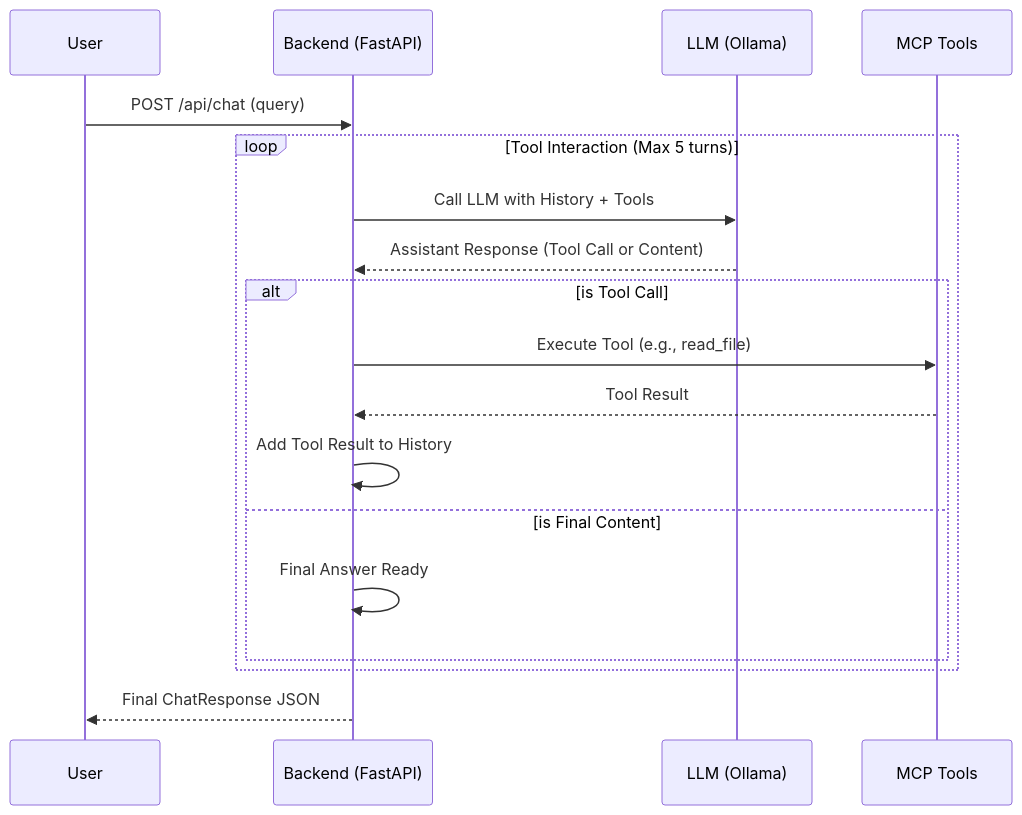
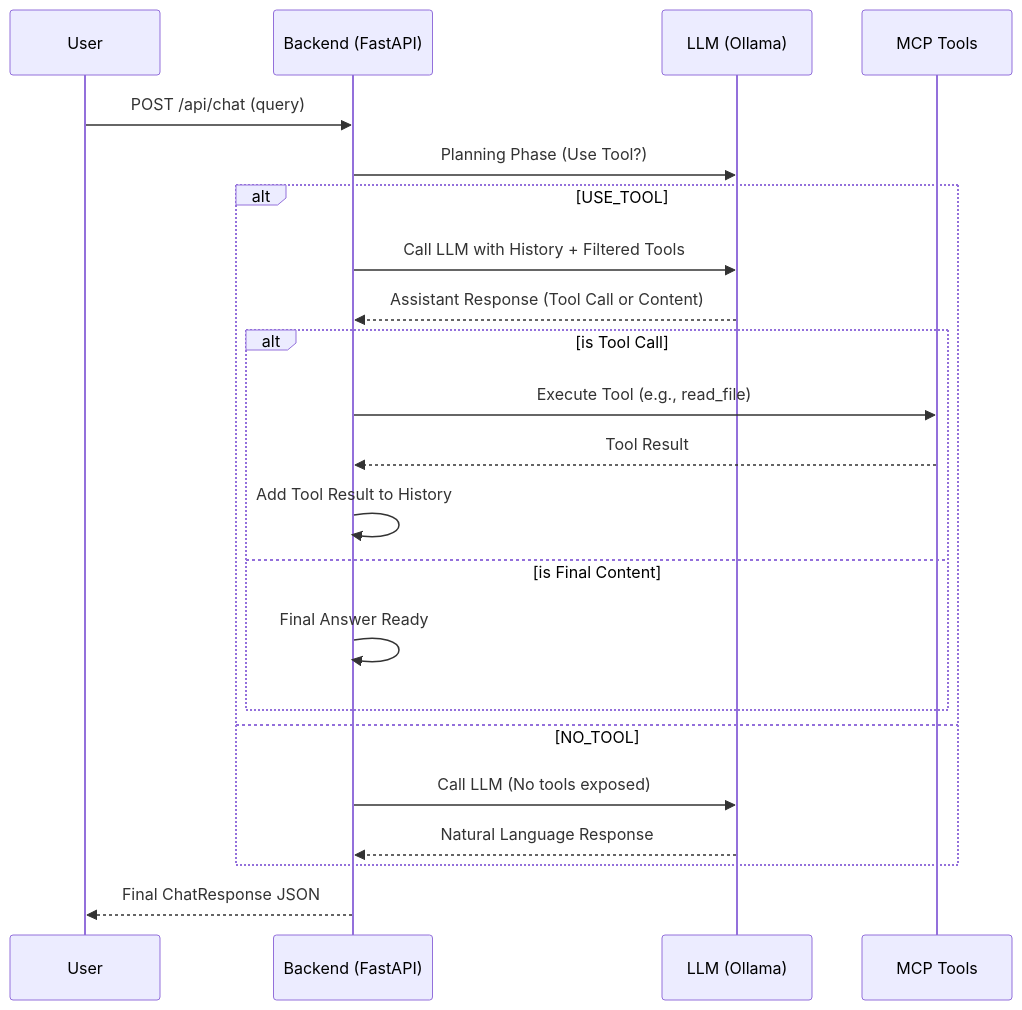
Before and after one commit to Manthya/chatbot-ai-systems-production: the second of 4 diagrams in README.md, drawn with Mermaid. The commit also changed other lines of this file and 1 other file, not shown here.

````diff
--- a/README.md
+++ b/README.md
@@ -121,21 +121,25 @@
 ```mermaid
 sequenceDiagram
     participant U as User
     participant B as Backend (FastAPI)
     participant L as LLM (Ollama)
     participant T as MCP Tools
     
     U->>B: POST /api/chat (query)
-    loop Tool Interaction (Max 5 turns)
-        B->>L: Call LLM with History + Tools
+    B->>L: Planning Phase (Use Tool?)
+    alt USE_TOOL
+        B->>L: Call LLM with History + Filtered Tools
         L-->>B: Assistant Response (Tool Call or Content)
         alt is Tool Call
             B->>T: Execute Tool (e.g., read_file)
             T-->>B: Tool Result
             B->>B: Add Tool Result to History
         else is Final Content
             B->>B: Final Answer Ready
         end
+    else NO_TOOL
+        B->>L: Call LLM (No tools exposed)
+        L-->>B: Natural Language Response
     end
     B-->>U: Final ChatResponse JSON
 ```
````
